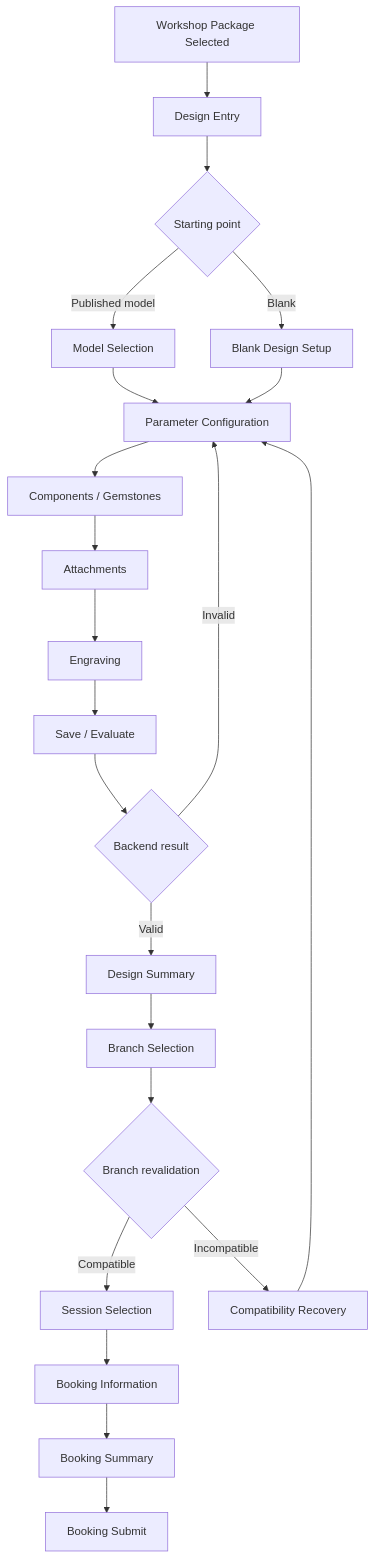
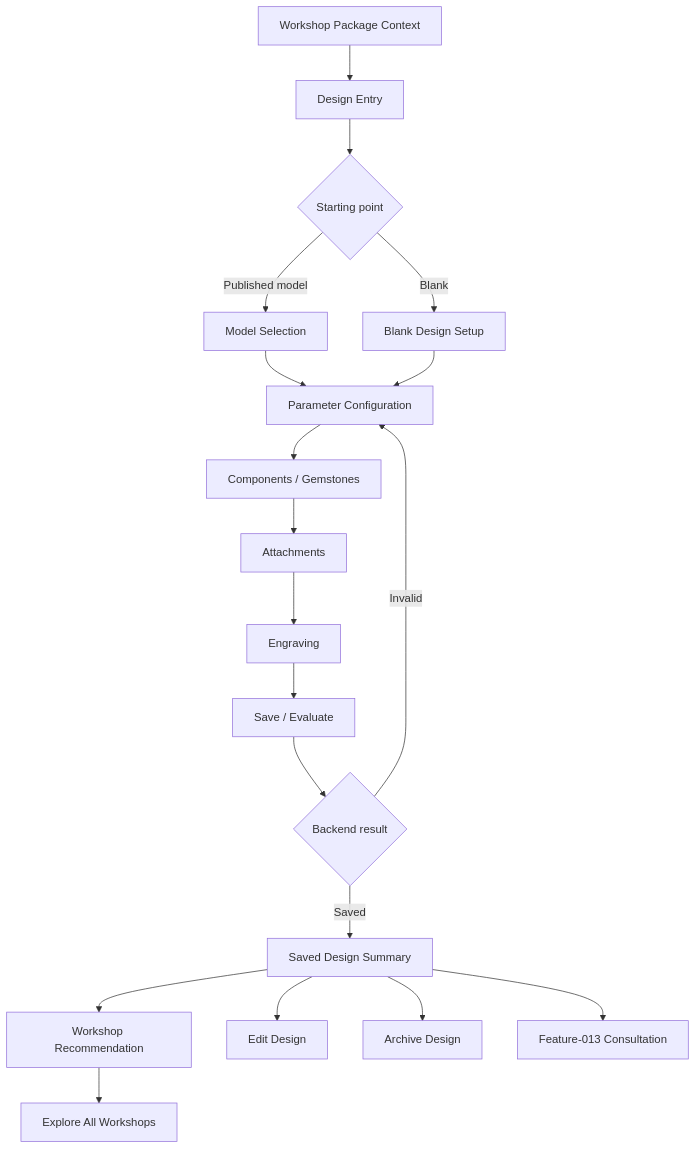
The diagram in ppswbs-spec/features/012-workshop-ring-design-configuration/design/ui-flow.md (quoc-ca/mland-operations-hub), drawn with Mermaid before and after one commit. The commit also changed other lines of this file and 54 other files, not shown here.

Commit message:
feat(ring-design,design-request): math recommendations, consultation handoff, saved ring lifecycle, and custom flow ui refinement

````diff
--- a/ppswbs-spec/features/012-workshop-ring-design-configuration/design/ui-flow.md
+++ b/ppswbs-spec/features/012-workshop-ring-design-configuration/design/ui-flow.md
@@ -32,24 +53,21 @@
 ```mermaid
 flowchart TD
-  A[Workshop Package Selected] --> B[Design Entry]
+  A[Workshop Package Context] --> B[Design Entry]
   B --> C{Starting point}
   C -->|Published model| D[Model Selection]
   C -->|Blank| E[Blank Design Setup]
   D --> F[Parameter Configuration]
   E --> F
   F --> G[Components / Gemstones]
   G --> H[Attachments]
   H --> I[Engraving]
   I --> J[Save / Evaluate]
   J --> K{Backend result}
   K -->|Invalid| F
-  K -->|Valid| L[Design Summary]
-  L --> M[Branch Selection]
-  M --> N{Branch revalidation}
-  N -->|Compatible| O[Session Selection]
-  N -->|Incompatible| P[Compatibility Recovery]
-  P --> F
-  O --> Q[Booking Information]
-  Q --> R[Booking Summary]
-  R --> S[Booking Submit]
+  K -->|Saved| L[Saved Design Summary]
+  L --> M[Workshop Recommendation]
+  L --> N[Edit Design]
+  L --> O[Archive Design]
+  L --> P[Feature-013 Consultation]
+  M --> Q[Explore All Workshops]
 ```
````
